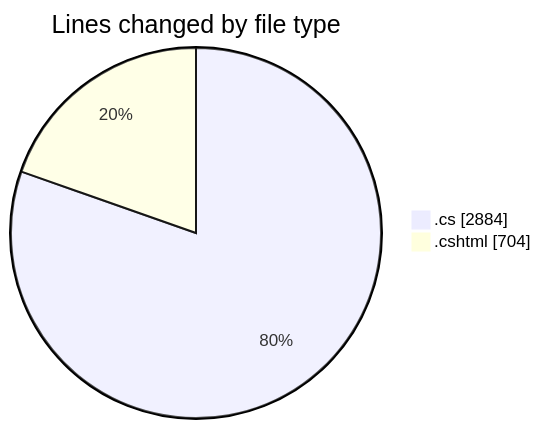
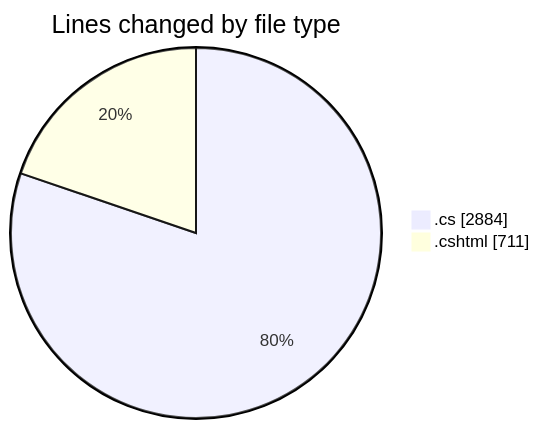
The first of 2 diagrams in 2025-07-15/nhahang/README.md (lephambinh05/code-tracking), drawn with Mermaid before and after one commit. The commit also changed other lines of this file and 1 other file, not shown here.

````diff
--- a/2025-07-15/nhahang/README.md
+++ b/2025-07-15/nhahang/README.md
@@ -79,6 +79,6 @@
 ```mermaid
 pie showData
 title Lines changed by file type
 ".cs" : 2884
-".cshtml" : 704
+".cshtml" : 711
 ```
````
